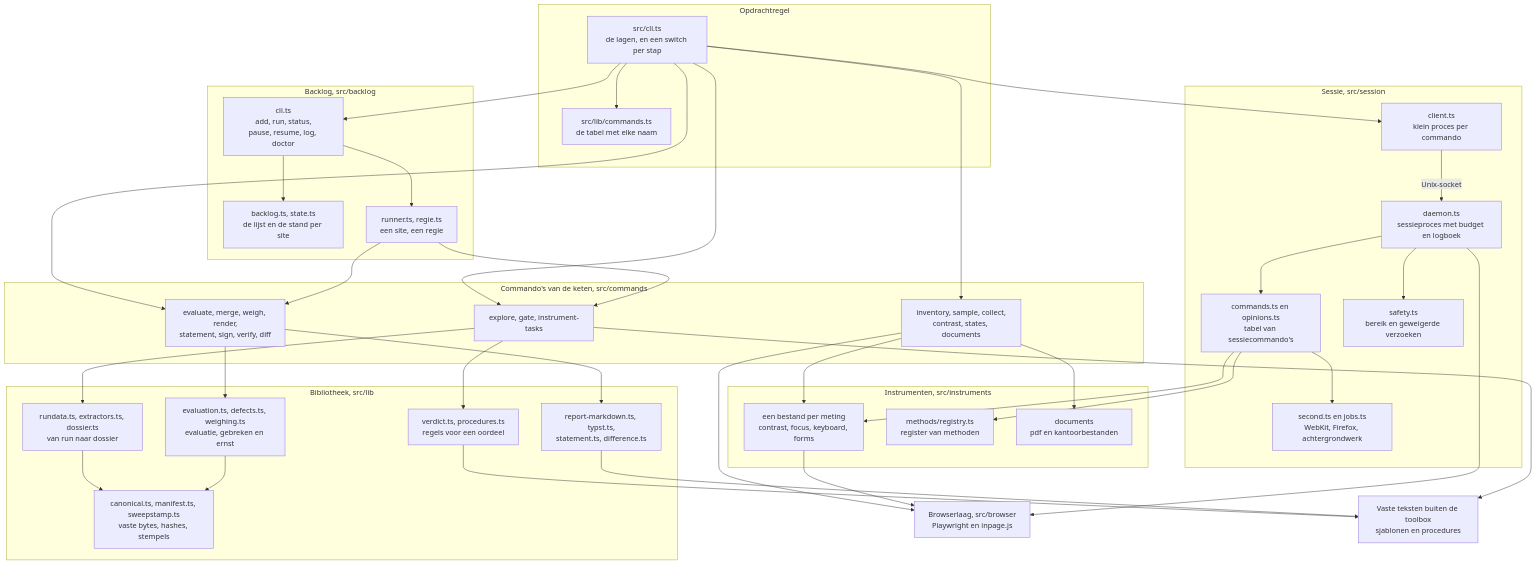
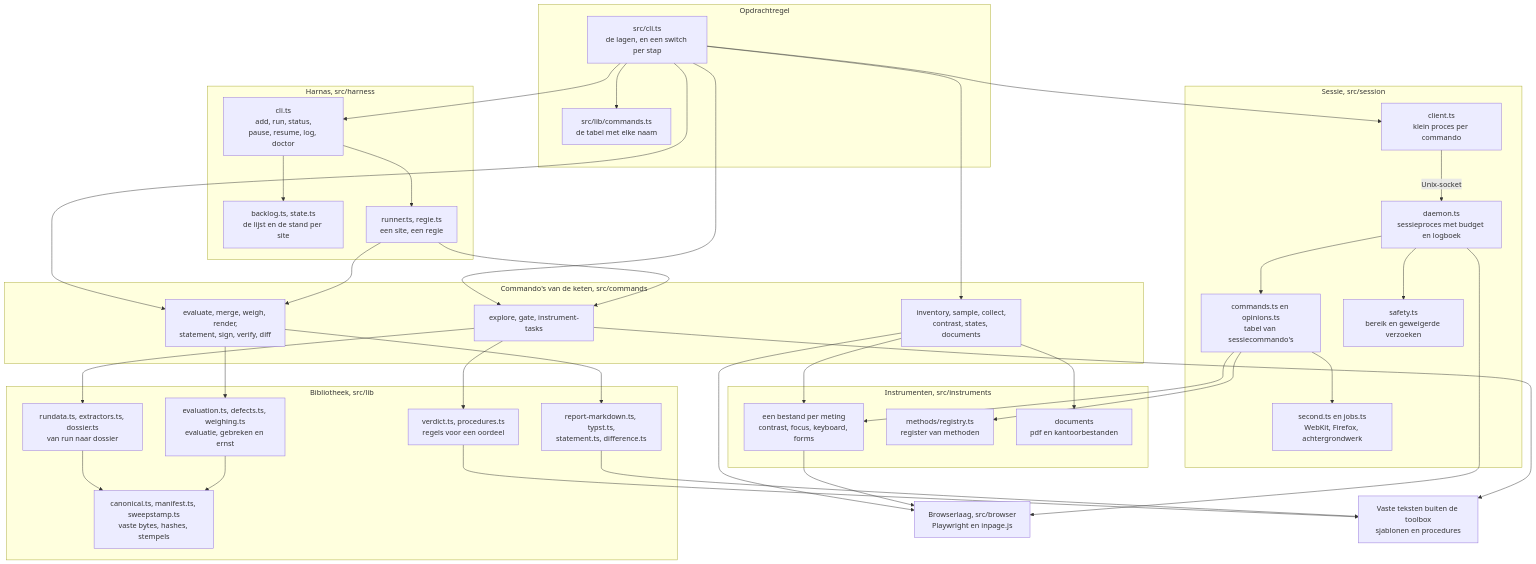
One commit to NederlandseDigitaleDienst/loep changed the second of 3 diagrams in docs/architectuur.md. Above: the diagram before and after it, drawn with Mermaid. The commit also changed other lines of this file and 29 other files, not shown here.

First line of the commit message:
De laag heet het harnas, want hij doet meer dan een backlog bijhouden

````diff
--- a/docs/architectuur.md
+++ b/docs/architectuur.md
@@ -169,69 +169,69 @@
 ```mermaid
 flowchart TD
   subgraph regel["Opdrachtregel"]
     cli["src/cli.ts<br/>de lagen, en een switch per stap"]
     tabel["src/lib/commands.ts<br/>de tabel met elke naam"]
   end
-  subgraph backlog["Backlog, src/backlog"]
+  subgraph harnas["Harnas, src/harness"]
     lijst["backlog.ts, state.ts<br/>de lijst en de stand per site"]
     loper["runner.ts, regie.ts<br/>een site, een regie"]
     poort["cli.ts<br/>add, run, status,<br/>pause, resume, log, doctor"]
   end
   subgraph commandos["Commando's van de keten, src/commands"]
     meten["inventory, sample, collect,<br/>contrast, states, documents"]
     sturen["explore, gate, instrument-tasks"]
     afmaken["evaluate, merge, weigh, render,<br/>statement, sign, verify, diff"]
   end
   subgraph sessie["Sessie, src/session"]
     client["client.ts<br/>klein proces per commando"]
     daemon["daemon.ts<br/>sessieproces met budget en logboek"]
     cmds["commands.ts en opinions.ts<br/>tabel van sessiecommando's"]
     veilig["safety.ts<br/>bereik en geweigerde verzoeken"]
     tweede["second.ts en jobs.ts<br/>WebKit, Firefox, achtergrondwerk"]
   end
   subgraph instrumenten["Instrumenten, src/instruments"]
     proeven["een bestand per meting<br/>contrast, focus, keyboard, forms"]
     register["methods/registry.ts<br/>register van methoden"]
     docs["documents<br/>pdf en kantoorbestanden"]
   end
   subgraph bibliotheek["Bibliotheek, src/lib"]
     dossier["rundata.ts, extractors.ts, dossier.ts<br/>van run naar dossier"]
     oordeel["verdict.ts, procedures.ts<br/>regels voor een oordeel"]
     evaluatie["evaluation.ts, defects.ts, weighing.ts<br/>evaluatie, gebreken en ernst"]
     rapport["report-markdown.ts, typst.ts,<br/>statement.ts, difference.ts"]
     vast["canonical.ts, manifest.ts, sweepstamp.ts<br/>vaste bytes, hashes, stempels"]
   end
   browser["Browserlaag, src/browser<br/>Playwright en inpage.js"]
   teksten["Vaste teksten buiten de toolbox<br/>sjablonen en procedures"]
 
   cli --> tabel
   cli --> meten
   cli --> sturen
   cli --> afmaken
   cli --> poort
   cli --> client
   poort --> lijst
   poort --> loper
   loper --> sturen
   loper --> afmaken
   client -->|"Unix-socket"| daemon
   daemon --> cmds
   daemon --> veilig
   cmds --> tweede
   cmds --> proeven
   cmds --> register
   meten --> proeven
   meten --> docs
   meten --> browser
   proeven --> browser
   daemon --> browser
   sturen --> dossier
   sturen --> oordeel
   sturen --> teksten
   afmaken --> evaluatie
   afmaken --> rapport
   oordeel --> teksten
   rapport --> teksten
   dossier --> vast
   evaluatie --> vast
 ```
````
